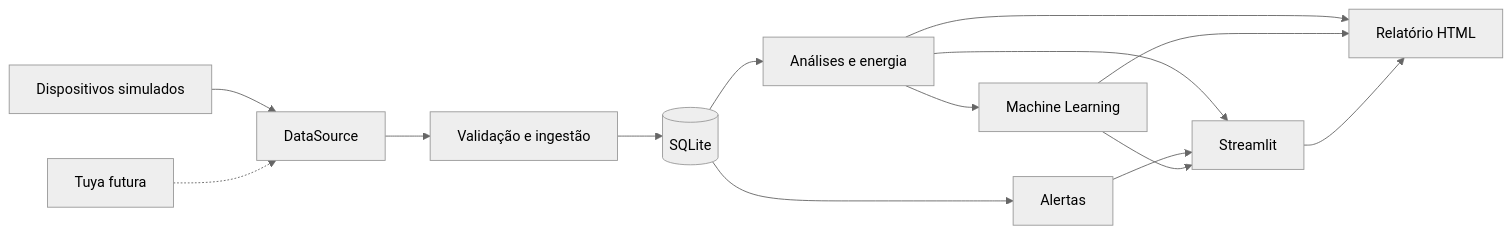
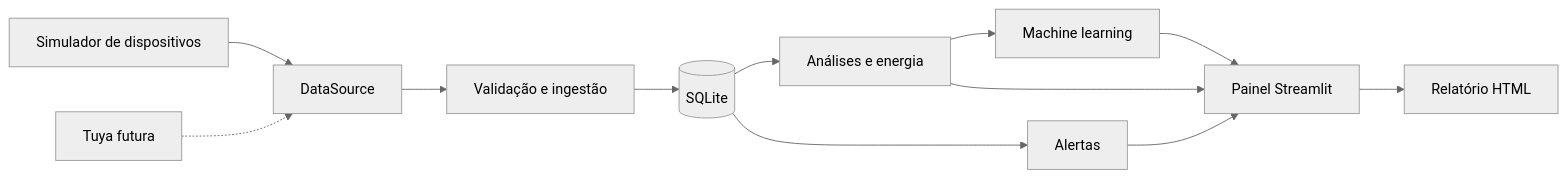
Before and after one commit to souzaeliasrafael/pi-monitoramento-comodo: the diagram in README.md, drawn with Mermaid (neutral theme). The commit also changed other lines of this file and 2 other files, not shown here.

````diff
--- a/README.md
+++ b/README.md
@@ -156,16 +172,14 @@
 ```mermaid
 flowchart LR
-    Sim[Dispositivos simulados] --> Source[DataSource]
+    Sim[Simulador de dispositivos] --> Source[DataSource]
     Tuya[Tuya futura] -.-> Source
     Source --> Ingestao[Validação e ingestão]
     Ingestao --> DB[(SQLite)]
     DB --> Analytics[Análises e energia]
     DB --> Alerts[Alertas]
-    Analytics --> ML[Machine Learning]
-    Analytics --> UI[Streamlit]
+    Analytics --> ML[Machine learning]
+    Analytics --> UI[Painel Streamlit]
     Alerts --> UI
     ML --> UI
-    Analytics --> Reports[Relatório HTML]
-    ML --> Reports
-    UI --> Reports
+    UI --> Reports[Relatório HTML]
 ```
````
